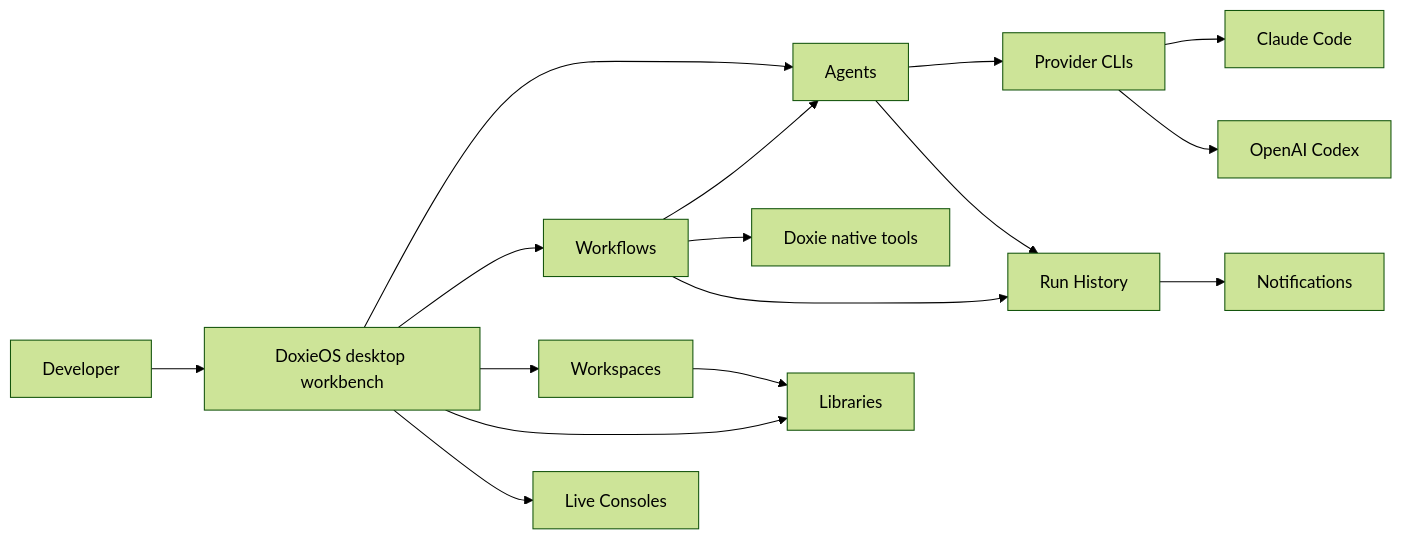
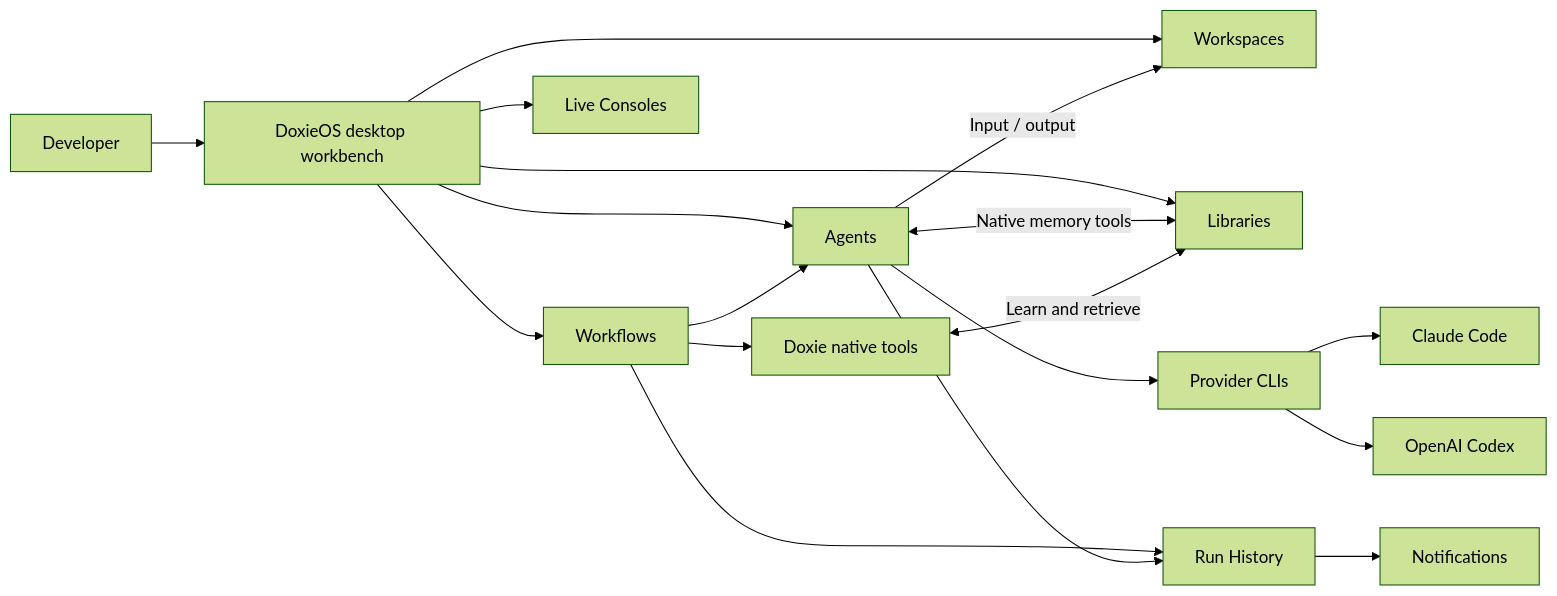
Before and after one commit to viamus/DoxieOS: the diagram in docs/README.md, drawn with Mermaid (forest theme). The commit also changed other lines of this file and 63 other files, not shown here.

Commit message:
feat: add agent-owned global library and workspace memory input

````diff
--- a/docs/README.md
+++ b/docs/README.md
@@ -21,18 +22,20 @@
 ```mermaid
 flowchart LR
     User["Developer"] --> Shell["DoxieOS desktop workbench"]
     Shell --> Agents["Agents"]
     Shell --> Workflows["Workflows"]
     Shell --> Workspaces["Workspaces"]
     Shell --> Libraries["Libraries"]
     Shell --> Consoles["Live Consoles"]
     Agents --> Providers["Provider CLIs"]
     Workflows --> Agents
     Workflows --> Tools["Doxie native tools"]
-    Workspaces --> Libraries
+    Agents <-->|Native memory tools| Libraries
+    Tools <-->|Learn and retrieve| Libraries
+    Agents -->|Input / output| Workspaces
     Providers --> Claude["Claude Code"]
     Providers --> Codex["OpenAI Codex"]
     Workflows --> History["Run History"]
     Agents --> History
     History --> Notifications["Notifications"]
 ```
````
